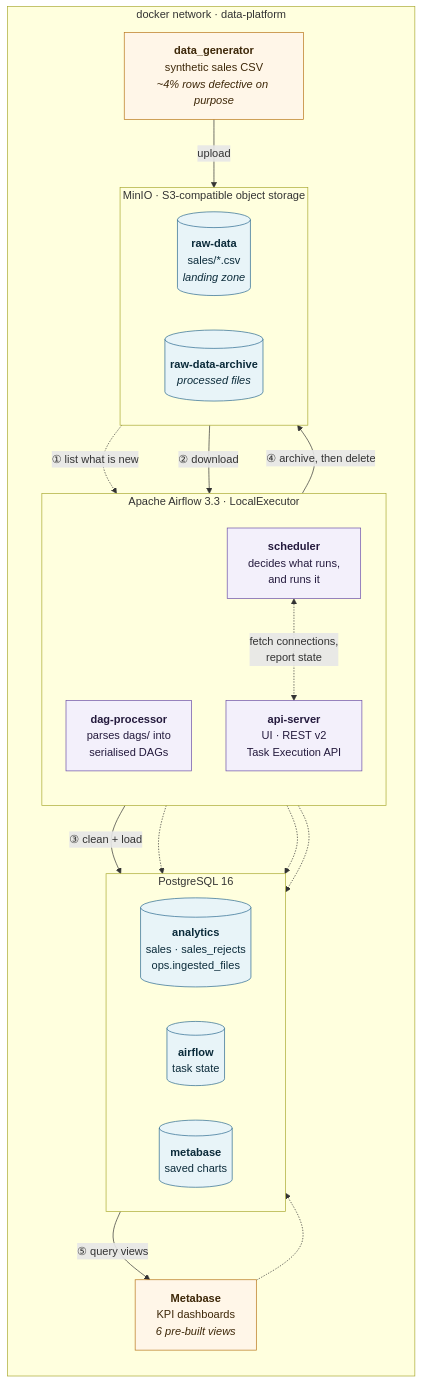
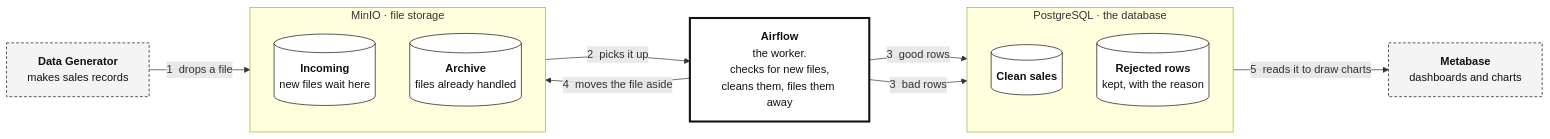
The first of 2 diagrams in README.md (Latiah/CI_CD_Workflows_Data_platform), drawn with Mermaid before and after one commit. The commit also changed other lines of this file, not shown here.

Commit message:
update system architecture

````diff
--- a/README.md
+++ b/README.md
@@ -10,50 +10,34 @@
 ```mermaid
-flowchart TB
-    subgraph net["docker network &middot; data-platform"]
+flowchart LR
+    GEN["<b>Data Generator</b><br/>makes sales records"]
+
+    subgraph FILES["MinIO &middot; file storage"]
         direction TB
-
-        GEN["<b>data_generator</b><br/>synthetic sales CSV<br/><i>~4% rows defective on purpose</i>"]
-
-        subgraph OBJ["MinIO &middot; S3-compatible object storage"]
-            direction LR
-            RAW[("<b>raw-data</b><br/>sales/*.csv<br/><i>landing zone</i>")]
-            ARCH[("<b>raw-data-archive</b><br/><i>processed files</i>")]
-        end
-
-        subgraph AIR["Apache Airflow 3.3 &middot; LocalExecutor"]
-            direction TB
-            DAGP["<b>dag-processor</b><br/>parses dags/ into<br/>serialised DAGs"]
-            SCHED["<b>scheduler</b><br/>decides what runs,<br/>and runs it"]
-            APIS["<b>api-server</b><br/>UI &middot; REST v2<br/>Task Execution API"]
-        end
-
-        subgraph DB["PostgreSQL 16"]
-            direction LR
-            ANL[("<b>analytics</b><br/>sales &middot; sales_rejects<br/>ops.ingested_files")]
-            AFM[("<b>airflow</b><br/>task state")]
-            MBM[("<b>metabase</b><br/>saved charts")]
-        end
-
-        MBASE["<b>Metabase</b><br/>KPI dashboards<br/><i>6 pre-built views</i>"]
+        INBOX[("<b>Incoming</b><br/>new files wait here")]
+        DONE[("<b>Archive</b><br/>files already handled")]
     end
 
-    GEN         -->|"upload"| RAW
-    RAW         -.->|"① list what is new"| SCHED
-    RAW         -->|"② download"| SCHED
-    SCHED       -->|"③ clean + load"| ANL
-    SCHED       -->|"④ archive, then delete"| ARCH
-    ANL         -->|"⑤ query views"| MBASE
+    FLOW["<b>Airflow</b><br/>the worker.<br/>checks for new files,<br/>cleans them, files them away"]
 
-    SCHED       <-.->|"fetch connections,<br/>report state"| APIS
-    DAGP        -.-> AFM
-    SCHED       -.-> AFM
-    APIS        -.-> AFM
-    MBASE       -.-> MBM
+    subgraph STORE["PostgreSQL &middot; the database"]
+        direction TB
+        GOOD[("<b>Clean sales</b>")]
+        BAD[("<b>Rejected rows</b><br/>kept, with the reason")]
+    end
 
-    classDef store fill:#e8f4f8,stroke:#2b6a8f,color:#0b2b3a
-    classDef compute fill:#f3f0fb,stroke:#6b4fa8,color:#241a3d
-    classDef edge fill:#fff6e8,stroke:#b8761a,color:#3d2708
-    class RAW,ARCH,ANL,AFM,MBM store
-    class DAGP,SCHED,APIS compute
-    class GEN,MBASE edge
+    CHARTS["<b>Metabase</b><br/>dashboards and charts"]
+
+    GEN    -->|"1&nbsp; drops a file"| INBOX
+    INBOX  -->|"2&nbsp; picks it up"| FLOW
+    FLOW   -->|"3&nbsp; good rows"| GOOD
+    FLOW   -->|"3&nbsp; bad rows"| BAD
+    FLOW   -->|"4&nbsp; moves the file aside"| DONE
+    GOOD   -->|"5&nbsp; reads it to draw charts"| CHARTS
+
+    classDef store fill:#ffffff,stroke:#111111,color:#111111,stroke-width:1px
+    classDef work fill:#ffffff,stroke:#111111,color:#111111,stroke-width:3px
+    classDef ends fill:#f4f4f4,stroke:#111111,color:#111111,stroke-width:1px,stroke-dasharray:4 3
+    class INBOX,DONE,GOOD,BAD store
+    class FLOW work
+    class GEN,CHARTS ends
 ```
````
